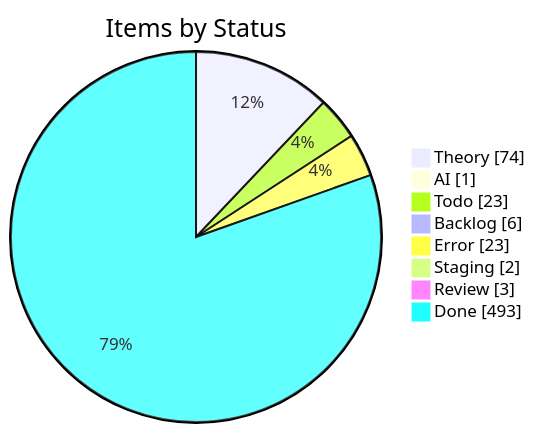
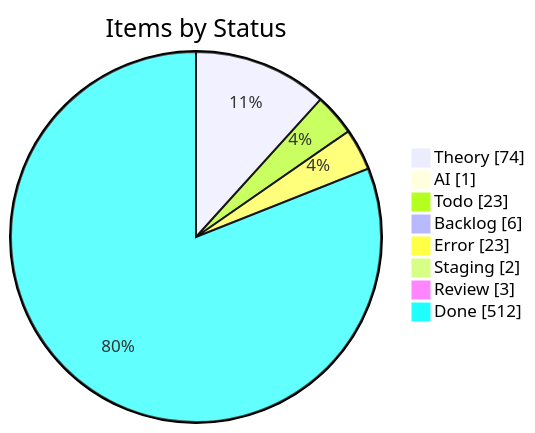
One commit to KBVE/kbve changed the first of 4 diagrams in apps/kbve/astro-kbve/src/content/docs/dashboard/kanban-data.mdx. Above: the diagram before and after it, drawn with Mermaid. The commit also changed other lines of this file and 2 other files, not shown here.

````diff
--- a/apps/kbve/astro-kbve/src/content/docs/dashboard/kanban-data.mdx
+++ b/apps/kbve/astro-kbve/src/content/docs/dashboard/kanban-data.mdx
@@ -189,12 +189,12 @@
 ```mermaid
 pie showData
     title Items by Status
     "Theory" : 74
     "AI" : 1
     "Todo" : 23
     "Backlog" : 6
     "Error" : 23
     "Staging" : 2
     "Review" : 3
-    "Done" : 493
+    "Done" : 512
 ```
````
